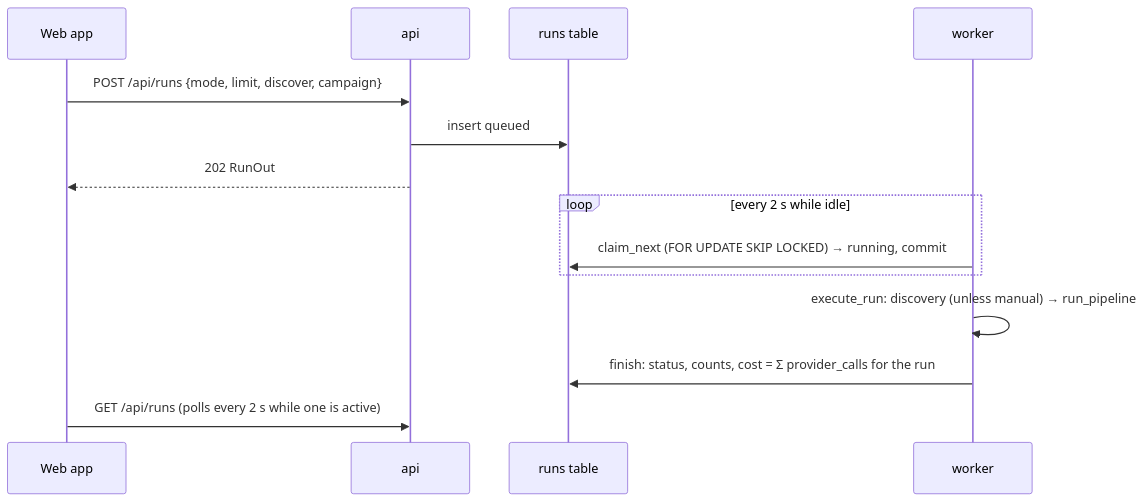
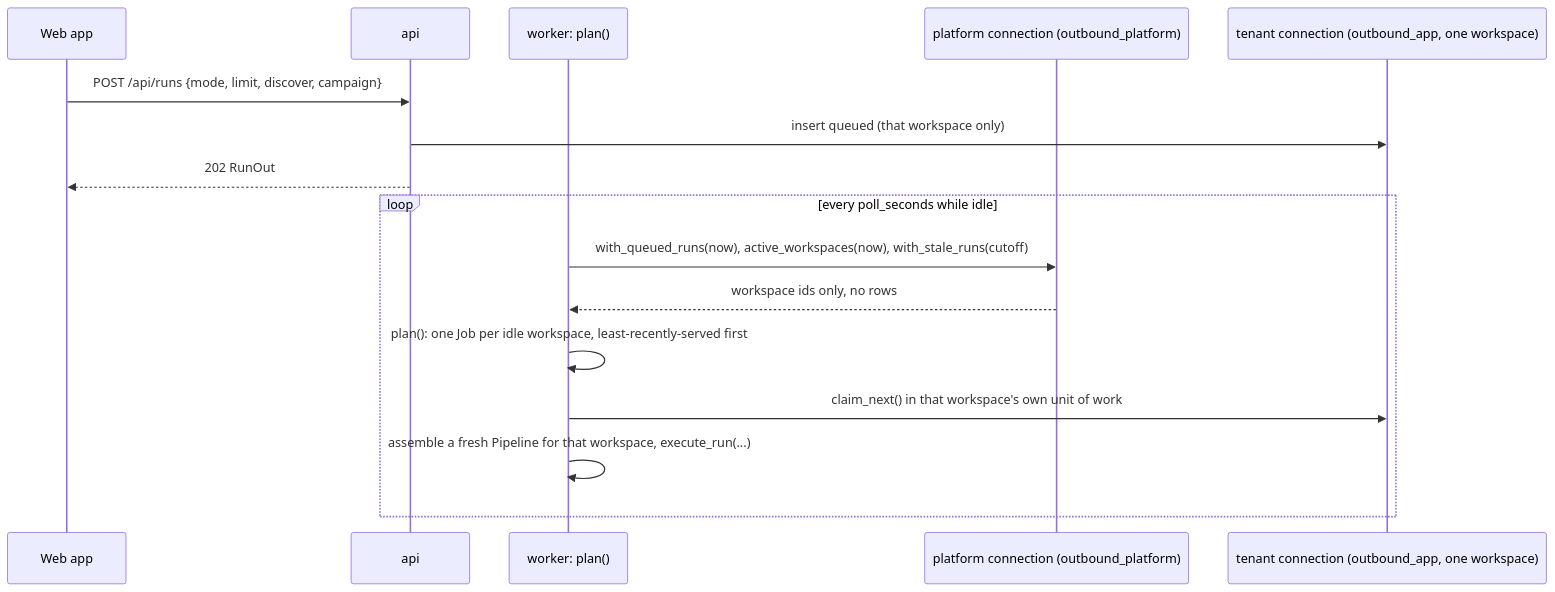
One commit to rahul-trip/email_campaign changed the second of 4 diagrams in docs/technical/hld/hld.md. Above: the diagram before and after it, drawn with Mermaid. The commit also changed other lines of this file and 1 other file, not shown here.

First line of the commit message:
docs(technical): HLD and state machines updated for multi-tenant SaaS (Phase 6a-6d)

````diff
--- a/docs/technical/hld/hld.md
+++ b/docs/technical/hld/hld.md
@@ -74,16 +68,18 @@
 ```mermaid
 sequenceDiagram
     participant UI as Web app
     participant API as api
-    participant DB as runs table
-    participant W as worker
+    participant Sched as worker: plan()
+    participant PlatUoW as platform connection (outbound_platform)
+    participant TenUoW as tenant connection (outbound_app, one workspace)
     UI->>API: POST /api/runs {mode, limit, discover, campaign}
-    API->>DB: insert queued
+    API->>TenUoW: insert queued (that workspace only)
     API-->>UI: 202 RunOut
-    loop every 2 s while idle
-        W->>DB: claim_next (FOR UPDATE SKIP LOCKED) → running, commit
+    loop every poll_seconds while idle
+        Sched->>PlatUoW: with_queued_runs(now), active_workspaces(now), with_stale_runs(cutoff)
+        PlatUoW-->>Sched: workspace ids only, no rows
+        Sched->>Sched: plan(): one Job per idle workspace, least-recently-served first
+        Sched->>TenUoW: claim_next() in that workspace's own unit of work
+        Sched->>Sched: assemble a fresh Pipeline for that workspace, execute_run(...)
     end
-    W->>W: execute_run: discovery (unless manual) → run_pipeline
-    W->>DB: finish: status, counts, cost = Σ provider_calls for the run
-    UI->>API: GET /api/runs (polls every 2 s while one is active)
 ```
````
